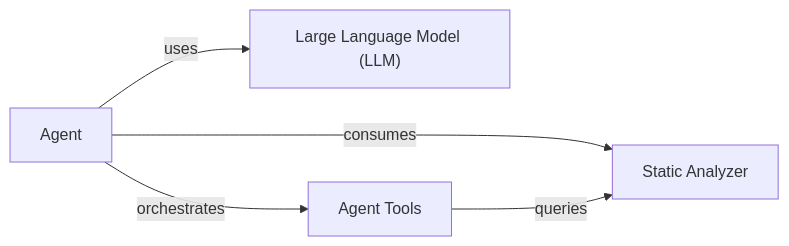
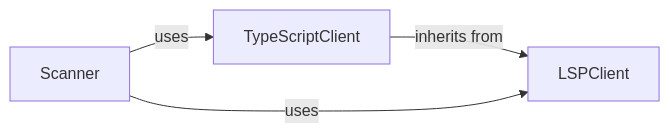
One commit to mariyam866/CodeBoarding changed the diagram in .codeboarding/Static_Analyzer.md. Above: the diagram before and after it, drawn with Mermaid. The commit also changed other lines of this file and 13 other files, not shown here.

First line of the commit message:
docs: update codeboarding documentation and generate architecture

````diff
--- a/.codeboarding/Static_Analyzer.md
+++ b/.codeboarding/Static_Analyzer.md
@@ -1,12 +1,9 @@
 ```mermaid
 graph LR
-    Agent["Agent"]
-    Static_Analyzer["Static Analyzer"]
-    Large_Language_Model_LLM_["Large Language Model (LLM)"]
-    Agent_Tools["Agent Tools"]
-    Agent -- "uses" --> Large_Language_Model_LLM_
-    Agent -- "orchestrates" --> Agent_Tools
-    Agent -- "consumes" --> Static_Analyzer
-    Agent_Tools -- "queries" --> Static_Analyzer
-    click Static_Analyzer href "https://github.com/CodeBoarding/CodeBoarding/blob/main/.codeboarding/Static_Analyzer.md" "Details"
+    LSPClient["LSPClient"]
+    TypeScriptClient["TypeScriptClient"]
+    Scanner["Scanner"]
+    TypeScriptClient -- "inherits from" --> LSPClient
+    Scanner -- "uses" --> TypeScriptClient
+    Scanner -- "uses" --> LSPClient
 ```
````
